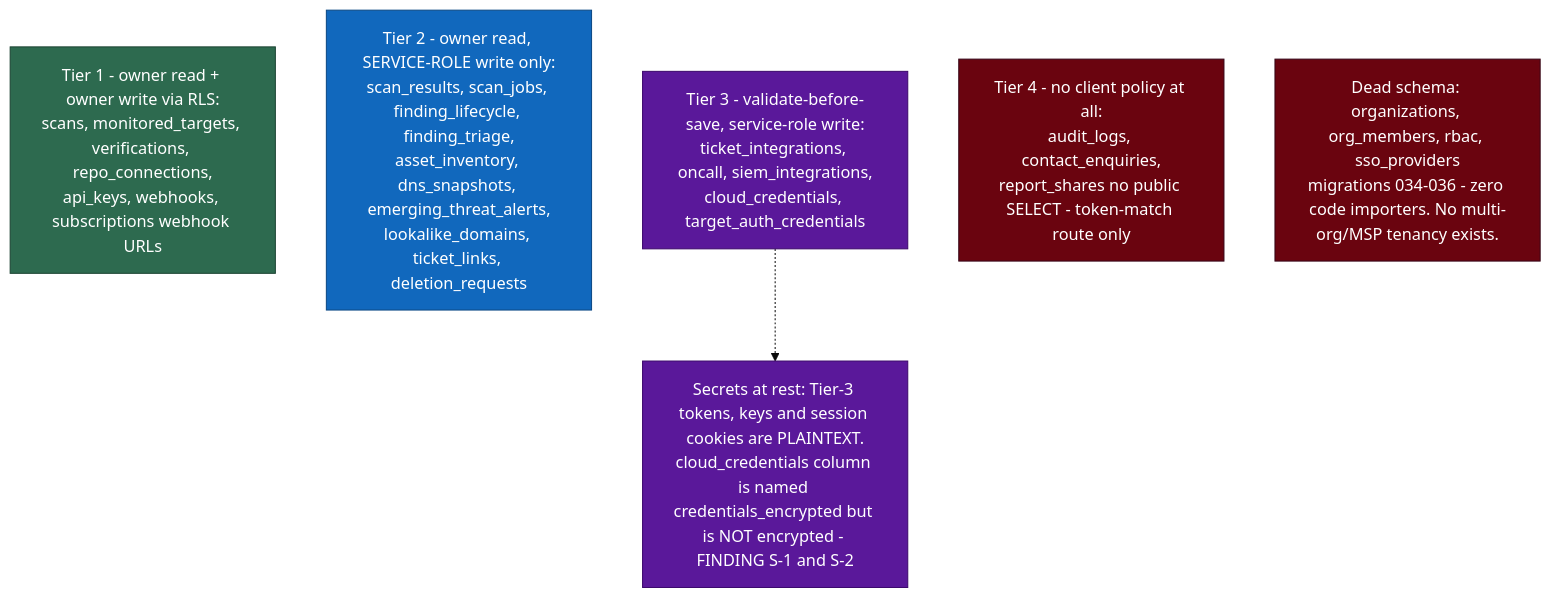
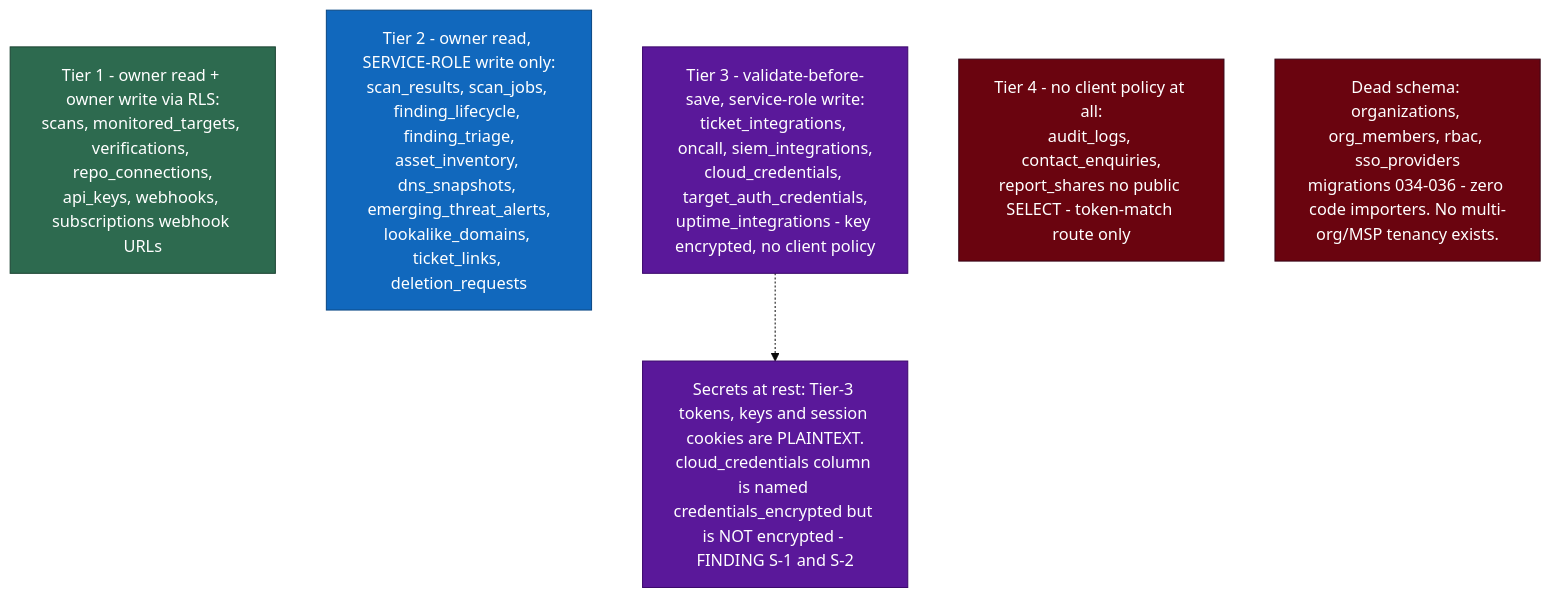
One commit to andrew-barvas/hebrides-cyber changed the second of 2 diagrams in hebridescyber-app/docs/DATA-MODEL.md. Above: the diagram before and after it, drawn with Mermaid (base theme). The commit also changed 12 other files, not shown here.

First line of the commit message:
feat(uptime): Integrations card, pricing copy and docs for bring-your-own uptime monitoring

````diff
--- a/hebridescyber-app/docs/DATA-MODEL.md
+++ b/hebridescyber-app/docs/DATA-MODEL.md
@@ -70,14 +70,14 @@
 ```mermaid
 flowchart TB
     classDef t1 fill:#2d6a4f,stroke:#1b4332,color:#fff
     classDef t2 fill:#1168bd,stroke:#0b4884,color:#fff
     classDef t3 fill:#5a189a,stroke:#3c096c,color:#fff
     classDef t4 fill:#6a040f,stroke:#370617,color:#fff
     T1[Tier 1 - owner read + owner write via RLS:<br/>scans, monitored_targets, verifications, repo_connections,<br/>api_keys, webhooks, subscriptions webhook URLs]:::t1
     T2[Tier 2 - owner read, SERVICE-ROLE write only:<br/>scan_results, scan_jobs, finding_lifecycle, finding_triage,<br/>asset_inventory, dns_snapshots, emerging_threat_alerts,<br/>lookalike_domains, ticket_links, deletion_requests]:::t2
-    T3[Tier 3 - validate-before-save, service-role write:<br/>ticket_integrations, oncall, siem_integrations,<br/>cloud_credentials, target_auth_credentials]:::t3
+    T3[Tier 3 - validate-before-save, service-role write:<br/>ticket_integrations, oncall, siem_integrations,<br/>cloud_credentials, target_auth_credentials,<br/>uptime_integrations - key encrypted, no client policy]:::t3
     T4[Tier 4 - no client policy at all:<br/>audit_logs, contact_enquiries,<br/>report_shares no public SELECT - token-match route only]:::t4
     N1["Secrets at rest: Tier-3 tokens, keys and session cookies are PLAINTEXT.<br/>cloud_credentials column is named credentials_encrypted but is NOT encrypted - FINDING S-1 and S-2"]:::t3
     N2["Dead schema: organizations, org_members, rbac, sso_providers<br/>migrations 034-036 - zero code importers. No multi-org/MSP tenancy exists."]:::t4
     T3 -.-> N1
 ```
````
